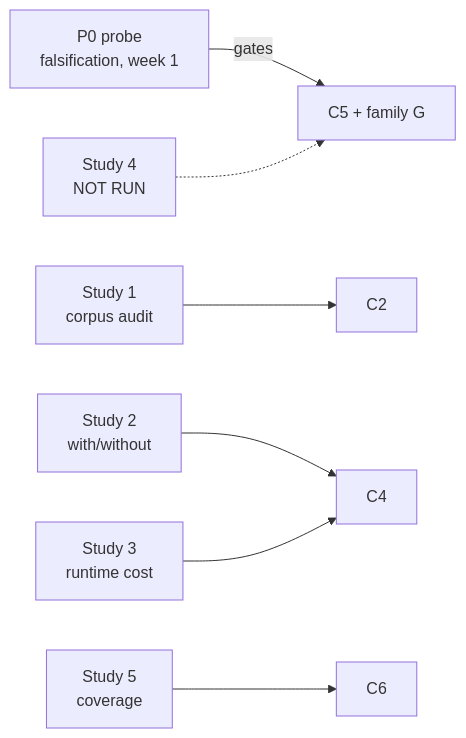
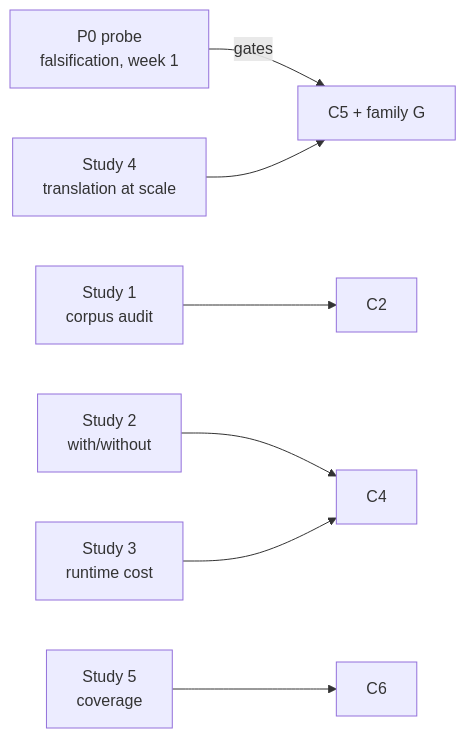
Before and after one commit to 5Tarun3/ToolSeal: the fourth of 4 diagrams in REVIEW.md, drawn with Mermaid. The commit also changed other lines of this file and 21 other files, not shown here.

Commit message:
Fix Study 1's filename recovery, run Study 4, deliver Study 5 part (b), verify the HIPAA source

````diff
--- a/REVIEW.md
+++ b/REVIEW.md
@@ -251,9 +270,9 @@
 ```mermaid
 flowchart LR
     P0["P0 probe<br/>falsification, week 1"] -->|gates| C5["C5 + family G"]
     S1["Study 1<br/>corpus audit"] --> C2
     S2["Study 2<br/>with/without"] --> C4
     S3["Study 3<br/>runtime cost"] --> C4
-    S4["Study 4<br/>NOT RUN"] -.-> C5
+    S4["Study 4<br/>translation at scale"] --> C5
     S5["Study 5<br/>coverage"] --> C6
 ```
````
